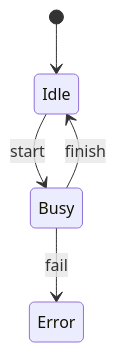
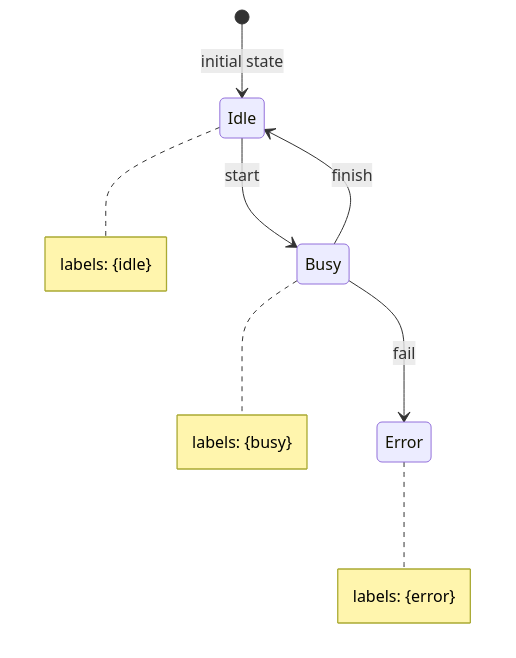
The diagram in backend/src/seed/data/curriculum/ai-theory/formal-methods/content/transition-systems-and-kripke-structures/en.md (alexcastrodev/my-university), drawn with Mermaid before and after one commit. The commit also changed other lines of this file and 17 other files, not shown here.

````diff
--- a/backend/src/seed/data/curriculum/ai-theory/formal-methods/content/transition-systems-and-kripke-structures/en.md
+++ b/backend/src/seed/data/curriculum/ai-theory/formal-methods/content/transition-systems-and-kripke-structures/en.md
@@ -76,7 +39,17 @@
 ```mermaid
 stateDiagram-v2
-    [*] --> Idle
-    Idle --> Busy: start
-    Busy --> Idle: finish
-    Busy --> Error: fail
+    [*] --> Idle : initial state
+    Idle --> Busy : start
+    Busy --> Idle : finish
+    Busy --> Error : fail
+
+    note right of Idle
+        labels: {idle}
+    end note
+    note right of Busy
+        labels: {busy}
+    end note
+    note right of Error
+        labels: {error}
+    end note
 ```
````
